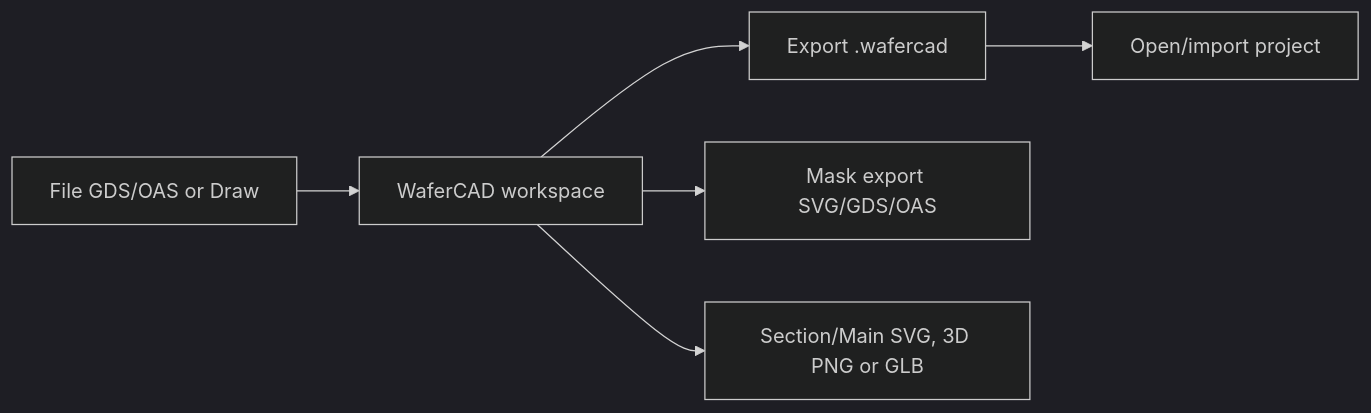
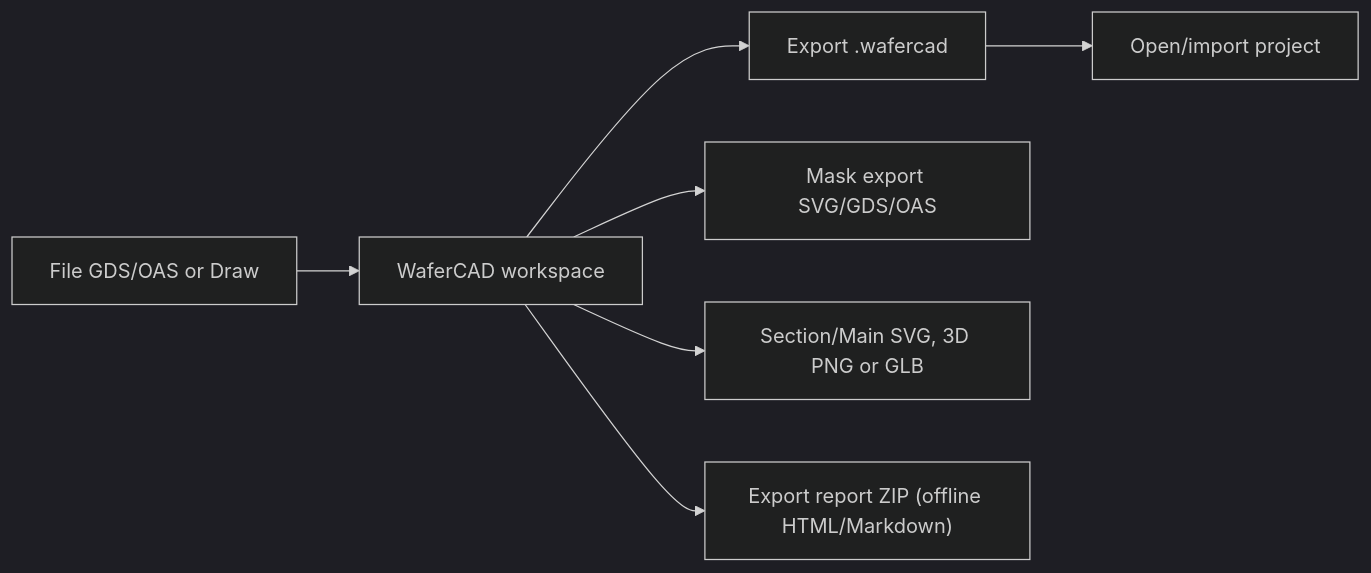
One commit to Xiaolong-6/WaferCAD changed the diagram in docs/wiki/Import-and-Export.md. Above: the diagram before and after it, drawn with Mermaid (dark theme). The commit also changed other lines of this file, not shown here.

Commit message:
docs(audit): correct merged example status and released report/unit scope

````diff
--- a/docs/wiki/Import-and-Export.md
+++ b/docs/wiki/Import-and-Export.md
@@ -7,8 +7,9 @@
 ```mermaid
 flowchart LR
   Mask["File GDS/OAS or Draw"] --> Workspace[WaferCAD workspace]
   Workspace --> Project["Export .wafercad"]
   Project --> Restore[Open/import project]
   Workspace --> MaskExport["Mask export SVG/GDS/OAS"]
   Workspace --> ViewExport["Section/Main SVG, 3D PNG or GLB"]
+  Workspace --> Report["Export report ZIP (offline HTML/Markdown)"]
 ```
````
